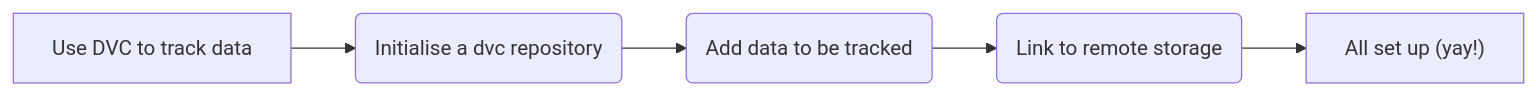
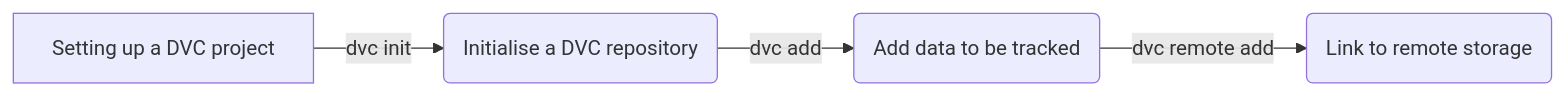
The first of 2 diagrams in presentation/An Introduction to Data Version Control (DVC).qmd (GabrielleEbbens/introduction-to-dvc), drawn with Mermaid before and after one commit. The commit also changed other lines of this file and 3 other files, not shown here.

````diff
--- a/presentation/An Introduction to Data Version Control (DVC).qmd
+++ b/presentation/An Introduction to Data Version Control (DVC).qmd
@@ -76,10 +75,6 @@
 ```{mermaid}
-%%| fig-width: 12
-%%| fig-height: 7
-%%| fig-align: center
 flowchart LR
-    A[Use DVC to track data] -->B(Initialise a dvc repository)
-    B --> C(Add data to be tracked)
-    C --> D(Link to remote storage)
-    D --> E["All set up (yay!)"]
+    A[Setting up a DVC project] --> |dvc init| B(Initialise a DVC repository)
+    B --> |dvc add| C(Add data to be tracked) 
+    C --> |dvc remote add| D(Link to remote storage)
 ```
````
